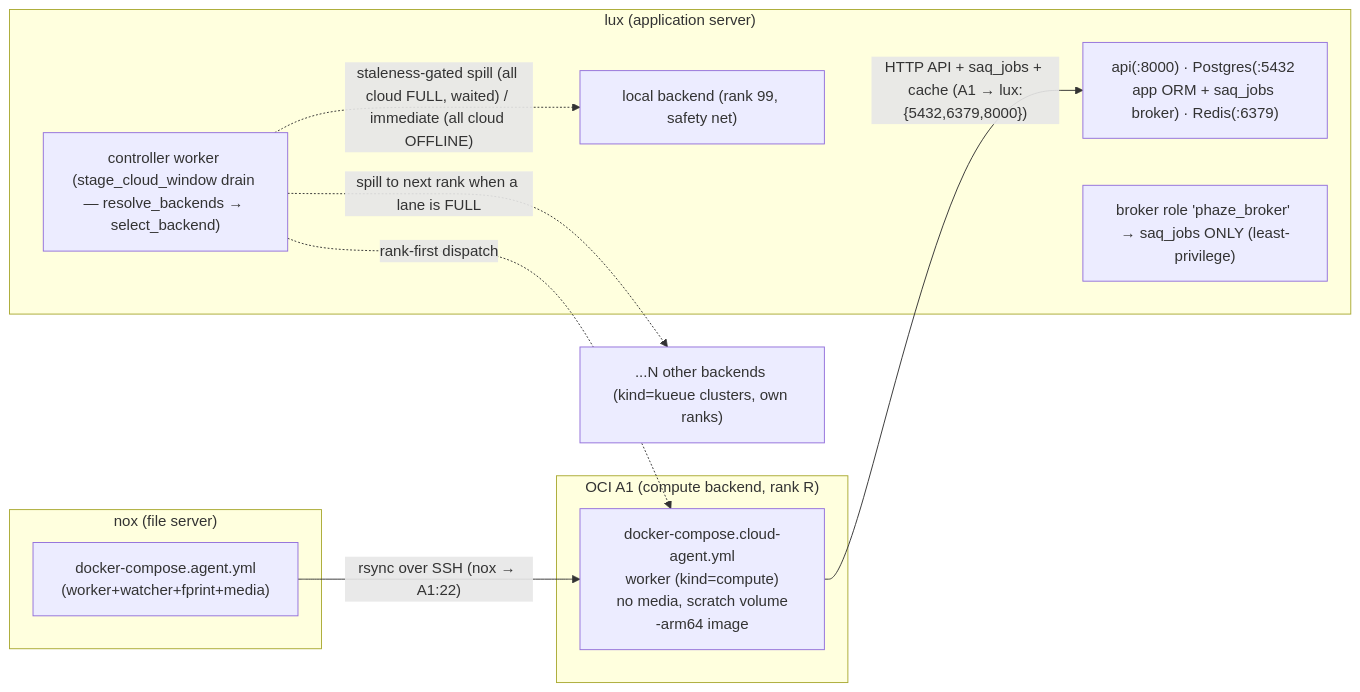
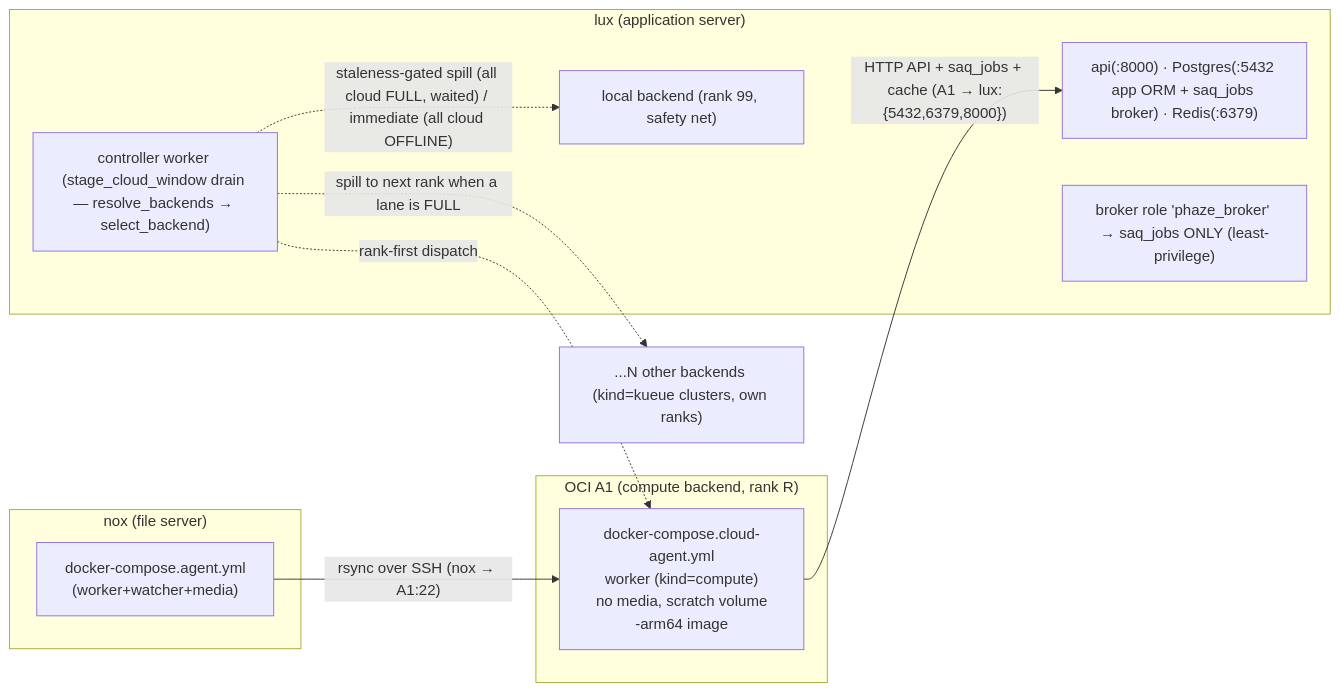
One commit to SimplicityGuy/phaze changed the diagram in docs/cloud-burst.md. Above: the diagram before and after it, drawn with Mermaid. The commit also changed 8 other files, not shown here.

````diff
--- a/docs/cloud-burst.md
+++ b/docs/cloud-burst.md
@@ -40,22 +40,22 @@
 ```mermaid
 flowchart LR
   %% Tailscale tailnet (default-deny grants ACL)
   subgraph nox["nox (file server)"]
-    noxc["docker-compose.agent.yml<br/>(worker+watcher+fprint+media)"]
+    noxc["docker-compose.agent.yml<br/>(worker+watcher+media)"]
   end
   subgraph a1["OCI A1 (compute backend, rank R)"]
     a1c["docker-compose.cloud-agent.yml<br/>worker (kind=compute)<br/>no media, scratch volume<br/>-arm64 image"]
   end
   subgraph lux["lux (application server)"]
     luxapi["api(:8000) · Postgres(:5432 app ORM + saq_jobs broker) · Redis(:6379)"]
     luxctl["controller worker (stage_cloud_window drain — resolve_backends → select_backend)"]
     luxbroker["broker role 'phaze_broker' → saq_jobs ONLY (least-privilege)"]
     luxlocal["local backend (rank 99, safety net)"]
   end
   kueue["...N other backends (kind=kueue clusters, own ranks)"]
   noxc -->|"rsync over SSH (nox → A1:22)"| a1c
   a1c -->|"HTTP API + saq_jobs + cache (A1 → lux:{5432,6379,8000})"| luxapi
   luxctl -.->|"rank-first dispatch"| a1c
   luxctl -.->|"spill to next rank when a lane is FULL"| kueue
   luxctl -.->|"staleness-gated spill (all cloud FULL, waited) / immediate (all cloud OFFLINE)"| luxlocal
 ```
````
